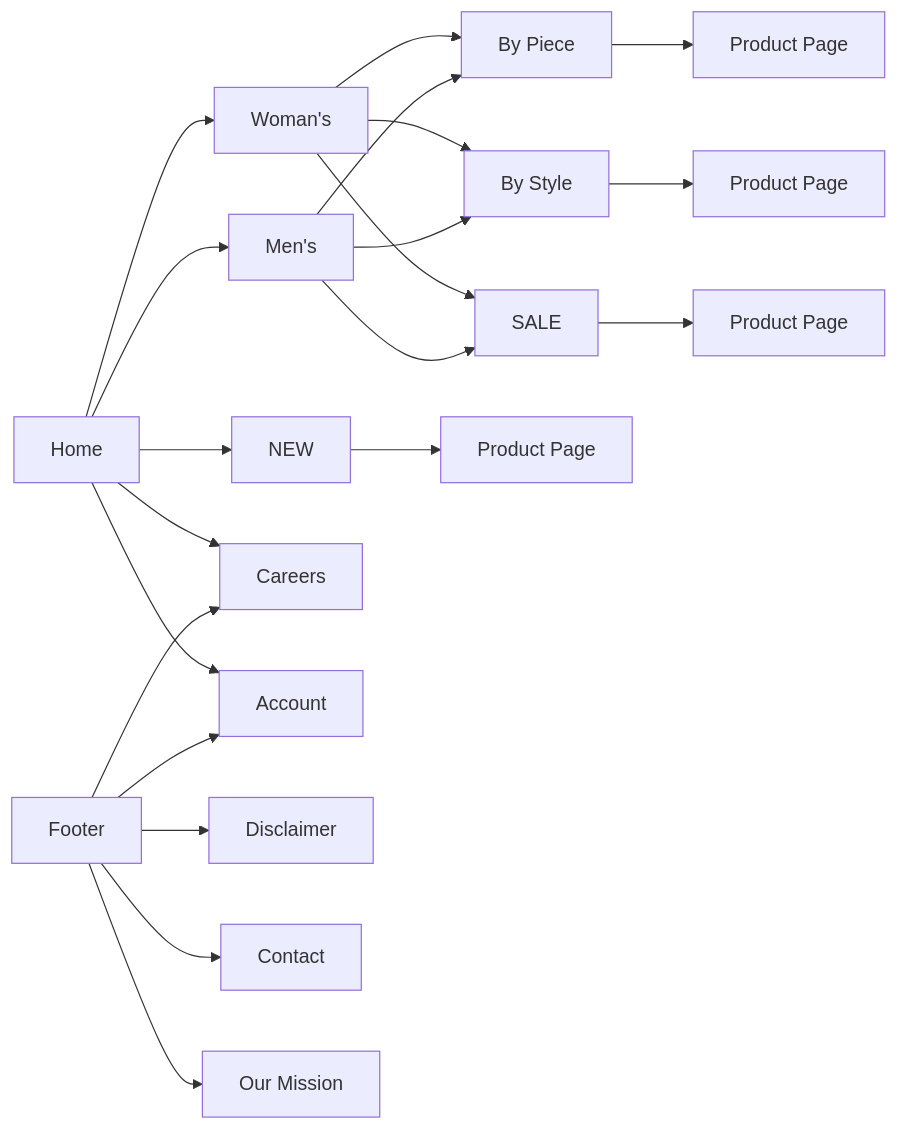
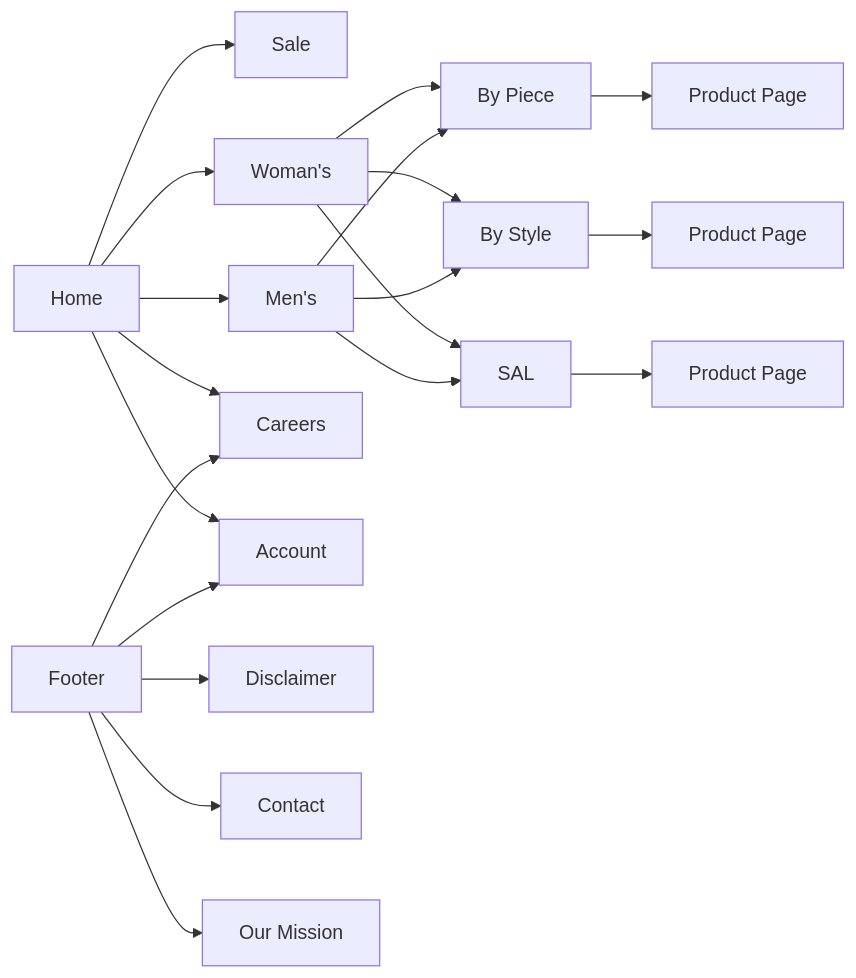
The diagram in Midterm/proposal.md (allinaxprof/IntroToWebDevF26), drawn with Mermaid before and after one commit. The commit also changed 16 other files, not shown here.

````diff
--- a/Midterm/proposal.md
+++ b/Midterm/proposal.md
@@ -52,27 +52,26 @@
 ```mermaid
 graph LR
-    Home --> NEW["NEW"]
+    Home --> Sal["Sale"]
     Home --> WOM["Woman's"]
     Home --> MAN["Men's"]
     Home --> CAR["My Cart"]
     Home --> ACC["Account"]
 
     WOM --> PIE["By Piece"]
     WOM --> STY["By Style"]
-    WOM --> SAL["SALE"]
+    WOM --> SAL
     MAN --> PIE["By Piece"]
     MAN --> STY["By Style"]
     MAN --> SAL
 
-    NEW --> PRO1["Product Page"]
     SAL --> PRO4["Product Page"]
     PIE --> PRO5["Product Page"]
     STY --> PRO6["Product Page"]
 
     Footer --> DIS["Disclaimer"]
     Footer --> CON["Contact"]
     Footer --> OUR["Our Mission"]
     Footer --> CAR["Careers"]
     Footer --> ACC
 
 ```
````
